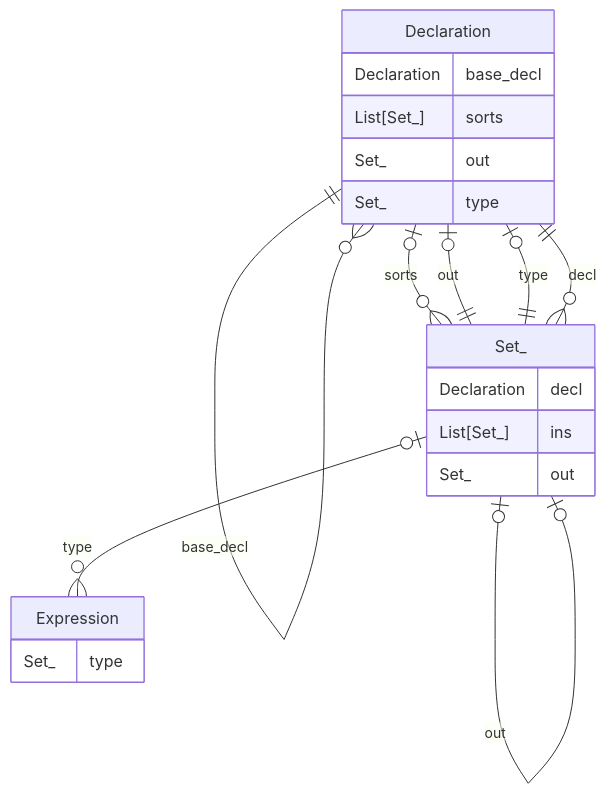
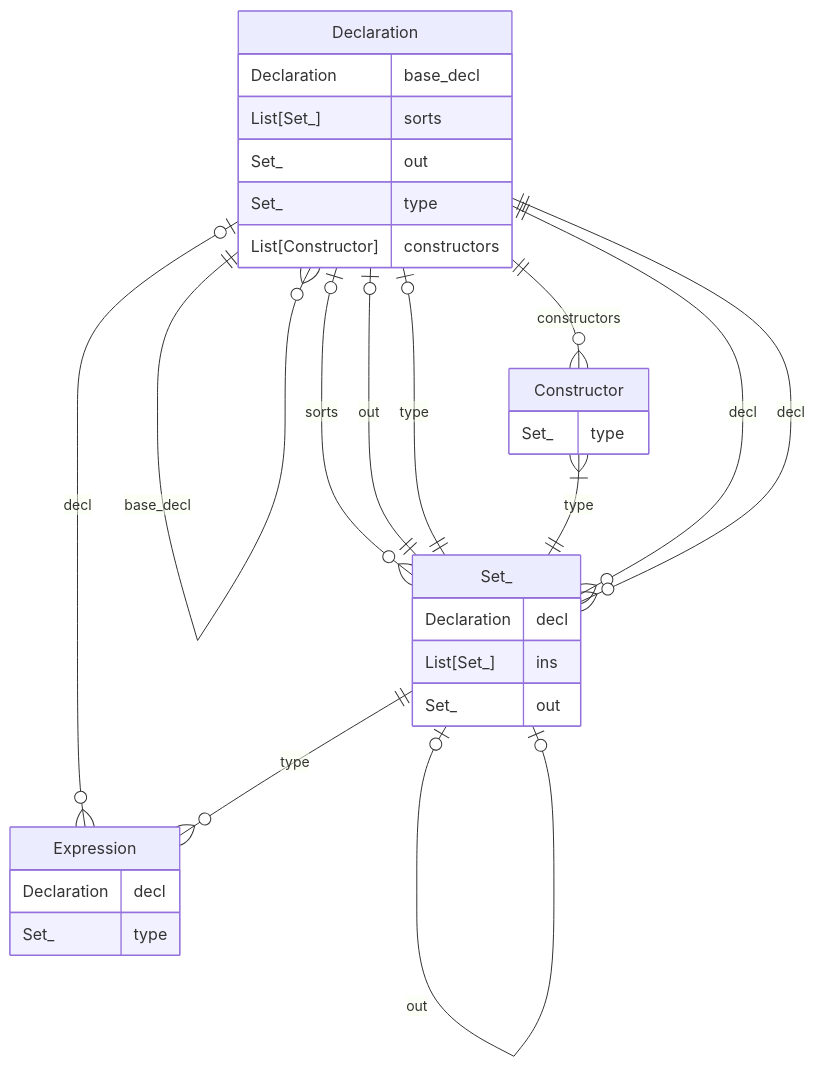
One commit to Sobhangh/IDP-Z3 changed the diagram in docs/DataModel.md. Above: the diagram before and after it, drawn with Mermaid. The commit also changed 8 other files, not shown here.

Commit message:
require Expression.type is not None

````diff
--- a/docs/DataModel.md
+++ b/docs/DataModel.md
@@ -8,26 +8,35 @@
 ```{mermaid}
 erDiagram
     Declaration ||--o{ Declaration : base_decl
+    Set_ }o--|| Declaration: decl
     Declaration |o--o{ Set_ : sorts
     Declaration |o--|| Set_: out
     Declaration |o--|| Set_: type
+    Declaration |o--o{ Expression: decl
     Set_ }o--|| Declaration: decl
     Set_ |o--o{ Set_: ins
     Set_ |o--o| Set_: out
-    Set_ |o--o{ Expression: type
+    Set_ ||--o{ Expression: type
+    Constructor }|--|| Set_ : type
+    Declaration ||--o{ Constructor: constructors
 
     Declaration {
         Declaration base_decl
         List[Set_] sorts
         Set_ out
         Set_ type
+        List[Constructor] constructors
     }
     Set_ {
         Declaration decl
         List[Set_] ins
         Set_ out
     }
     Expression {
+        Declaration decl
+        Set_ type
+    }
+    Constructor {
         Set_ type
     }
 ```
````
